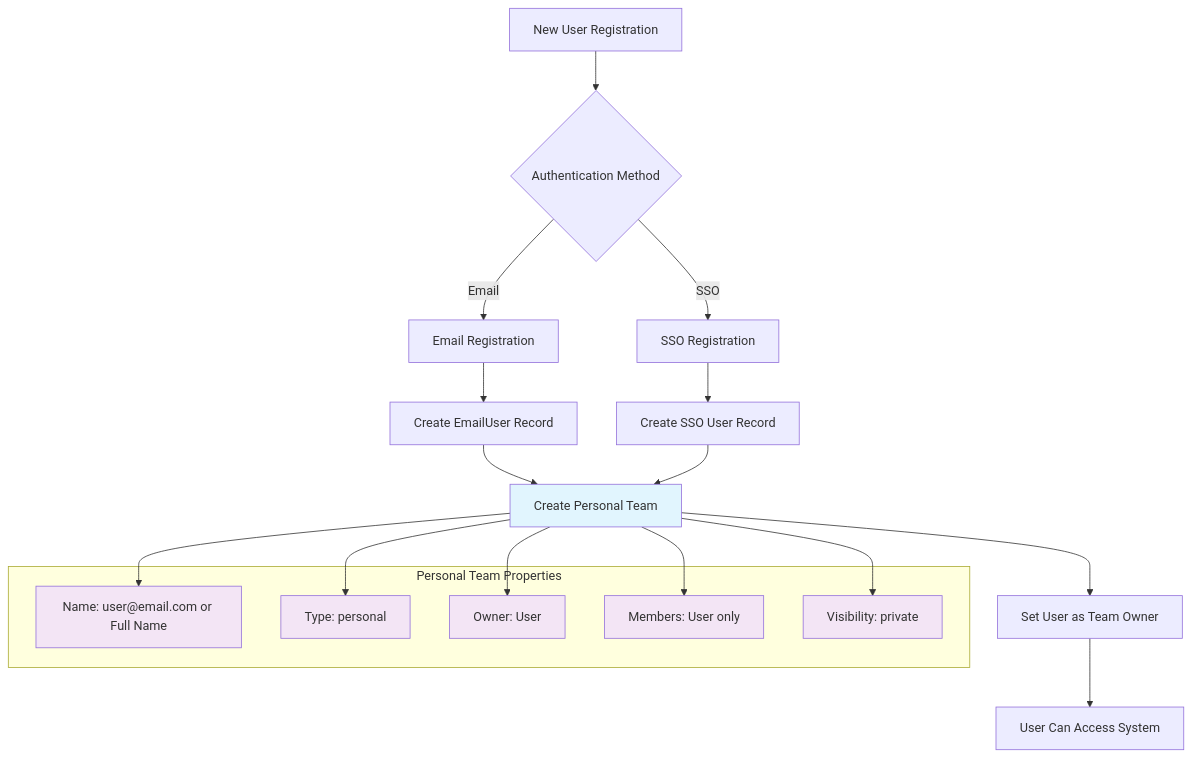
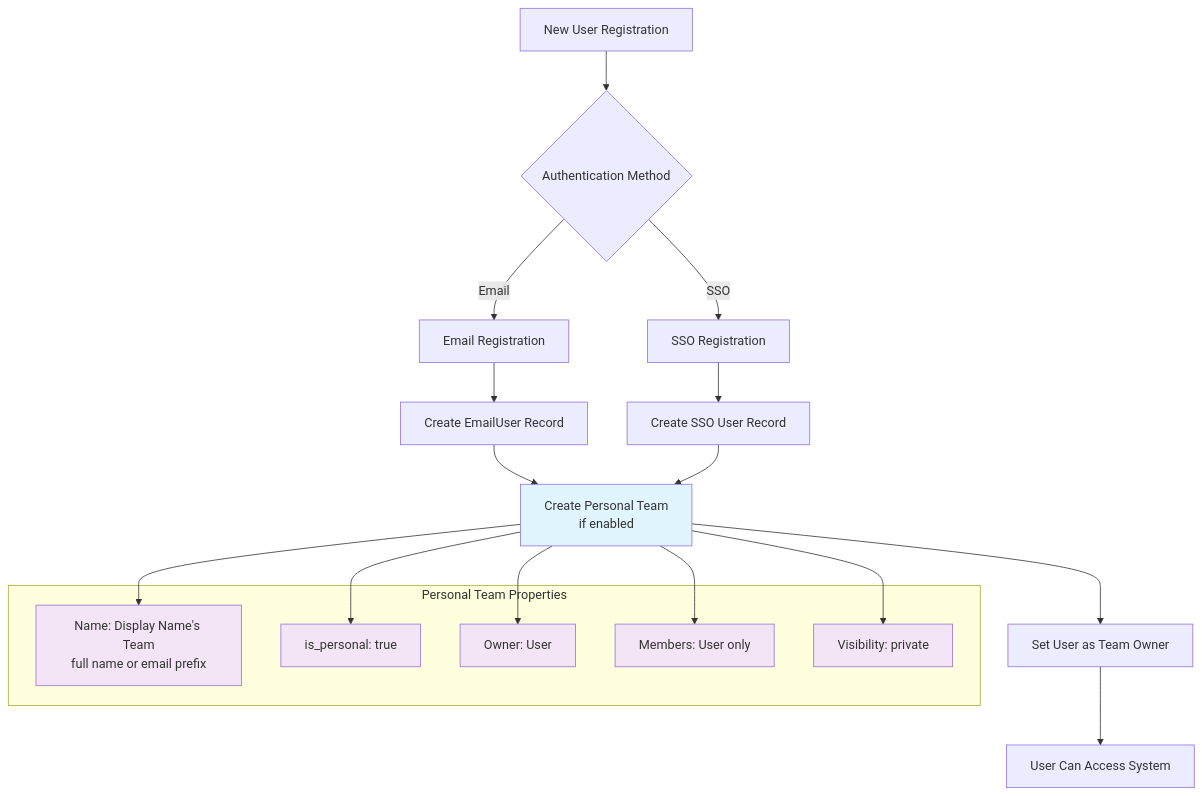
One commit to tedhabeck/mcp-context-forge changed the second of 16 diagrams in docs/docs/architecture/multitenancy.md. Above: the diagram before and after it, drawn with Mermaid. The commit also changed other lines of this file and 147 other files, not shown here.

First line of the commit message:
docs: refresh docs formatting, links, and diagrams (#2624)

````diff
--- a/docs/docs/architecture/multitenancy.md
+++ b/docs/docs/architecture/multitenancy.md
@@ -56,37 +56,37 @@
 ```mermaid
 flowchart TD
     A[New User Registration] --> B{Authentication Method}
 
     B -->|Email| C[Email Registration]
     B -->|SSO| D[SSO Registration]
 
     C --> E[Create EmailUser Record]
     D --> F[Create SSO User Record]
 
-    E --> G[Create Personal Team]
+    E --> G[Create Personal Team<br/>if enabled]
     F --> G
 
     G --> H[Set User as Team Owner]
     H --> I[User Can Access System]
 
     subgraph "Personal Team Properties"
-        J[Name: user@email.com or Full Name]
-        K[Type: personal]
+        J[Name: Display Name's Team<br/>full name or email prefix]
+        K[is_personal: true]
         L[Owner: User]
         M[Members: User only]
         N[Visibility: private]
     end
 
     G --> J
     G --> K
     G --> L
     G --> M
     G --> N
 
     style G fill:#e1f5fe
     style J fill:#f3e5f5
     style K fill:#f3e5f5
     style L fill:#f3e5f5
     style M fill:#f3e5f5
     style N fill:#f3e5f5
 ```
````
